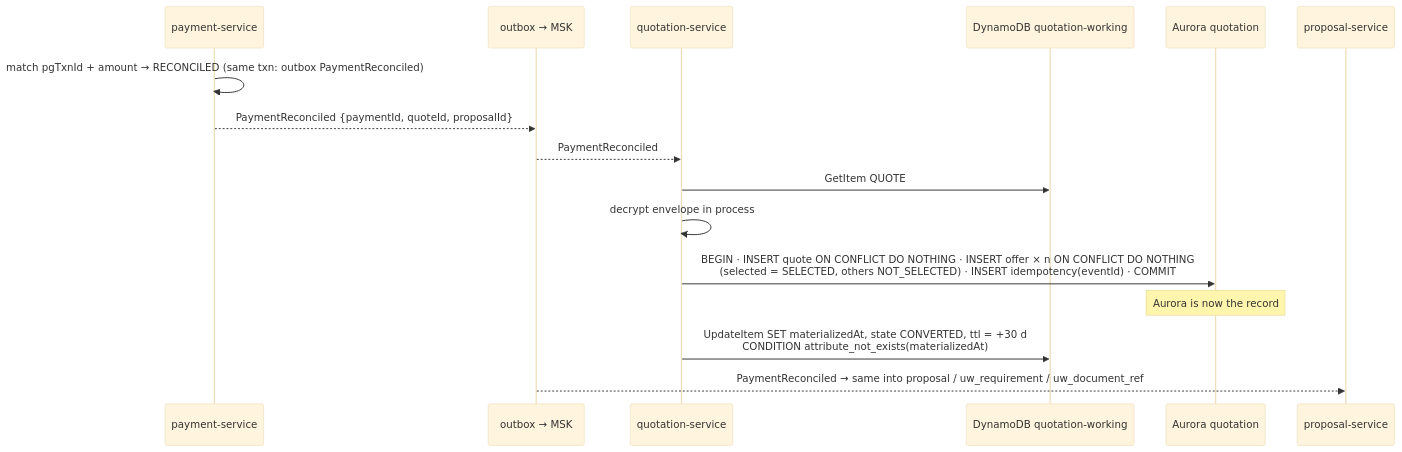
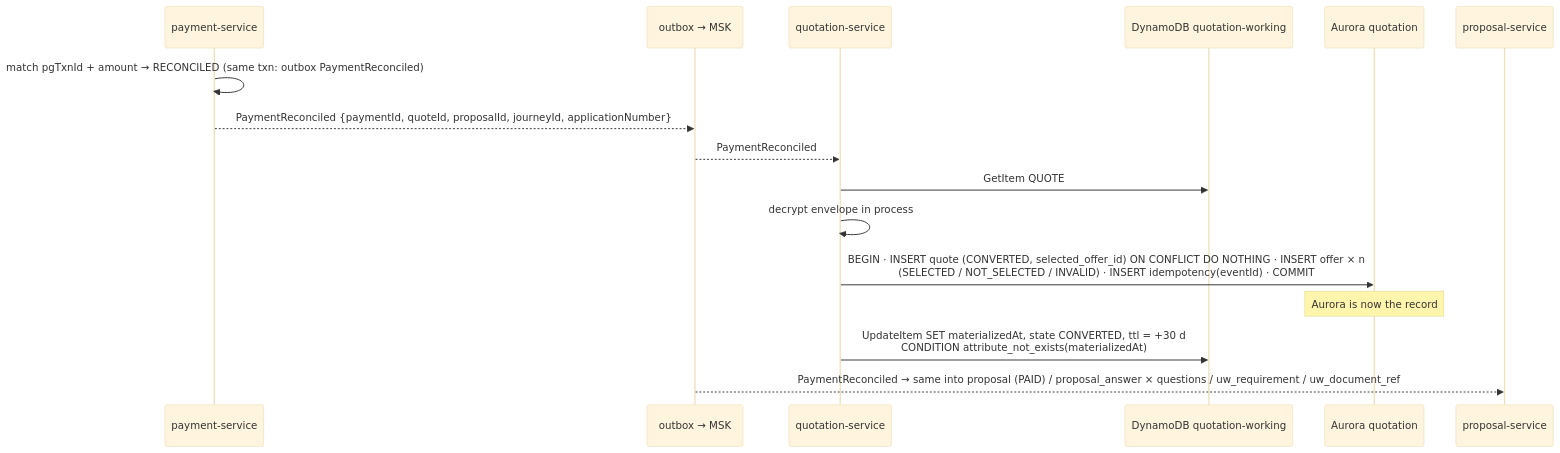
Before and after one commit to Mahesh38/bank-insurance-platform: the second of 2 diagrams in docs/platform/api-reference/data/payload-storage-and-transactions.md, drawn with Mermaid (base theme). The commit also changed other lines of this file and 348 other files, not shown here.

````diff
--- a/docs/platform/api-reference/data/payload-storage-and-transactions.md
+++ b/docs/platform/api-reference/data/payload-storage-and-transactions.md
@@ -148,18 +161,18 @@
 ```mermaid
 sequenceDiagram
     participant PAY as payment-service
     participant BUS as outbox → MSK
     participant QS as quotation-service
     participant DDB as DynamoDB quotation-working
     participant PG as Aurora quotation
     participant PS as proposal-service
     PAY->>PAY: match pgTxnId + amount → RECONCILED (same txn: outbox PaymentReconciled)
-    PAY-->>BUS: PaymentReconciled {paymentId, quoteId, proposalId}
+    PAY-->>BUS: PaymentReconciled {paymentId, quoteId, proposalId, journeyId, applicationNumber}
     BUS-->>QS: PaymentReconciled
     QS->>DDB: GetItem QUOTE#id/META (strongly consistent)
     QS->>QS: decrypt envelope in process
-    QS->>PG: BEGIN · INSERT quote ON CONFLICT DO NOTHING · INSERT offer × n ON CONFLICT DO NOTHING<br/>(selected = SELECTED, others NOT_SELECTED) · INSERT idempotency(eventId) · COMMIT
+    QS->>PG: BEGIN · INSERT quote (CONVERTED, selected_offer_id) ON CONFLICT DO NOTHING · INSERT offer × n<br/>(SELECTED / NOT_SELECTED / INVALID) · INSERT idempotency(eventId) · COMMIT
     Note over PG: Aurora is now the record
     QS->>DDB: UpdateItem SET materializedAt, state CONVERTED, ttl = +30 d<br/>CONDITION attribute_not_exists(materializedAt)
-    BUS-->>PS: PaymentReconciled → same into proposal / uw_requirement / uw_document_ref
+    BUS-->>PS: PaymentReconciled → same into proposal (PAID) / proposal_answer × questions / uw_requirement / uw_document_ref
 ```
````
